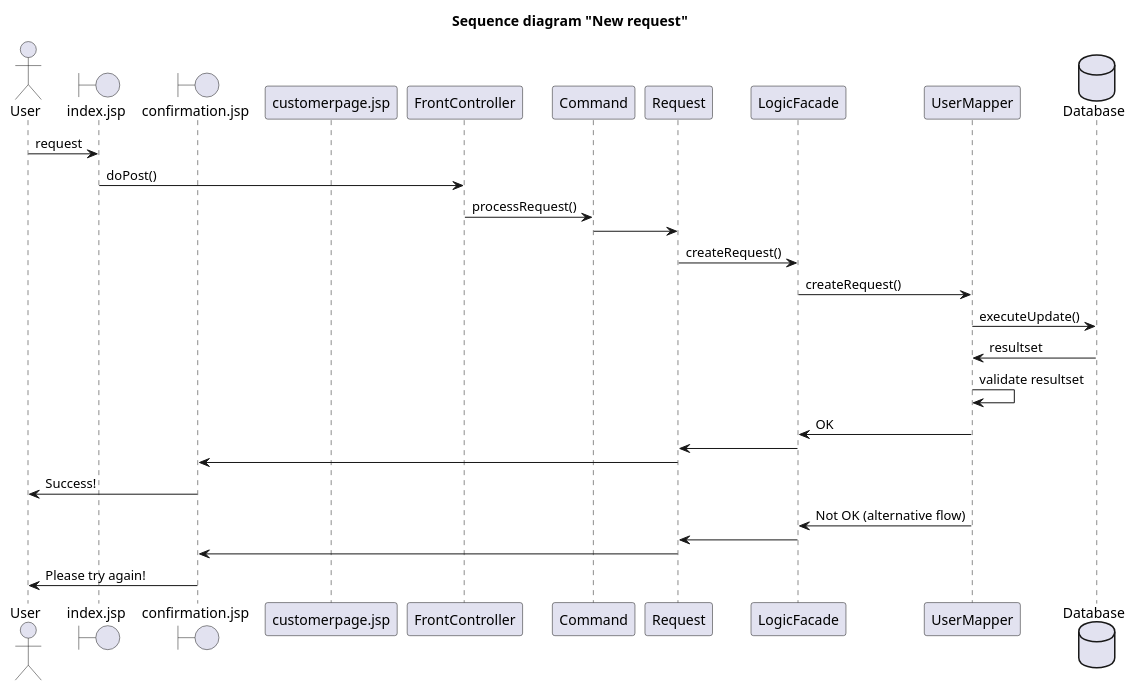
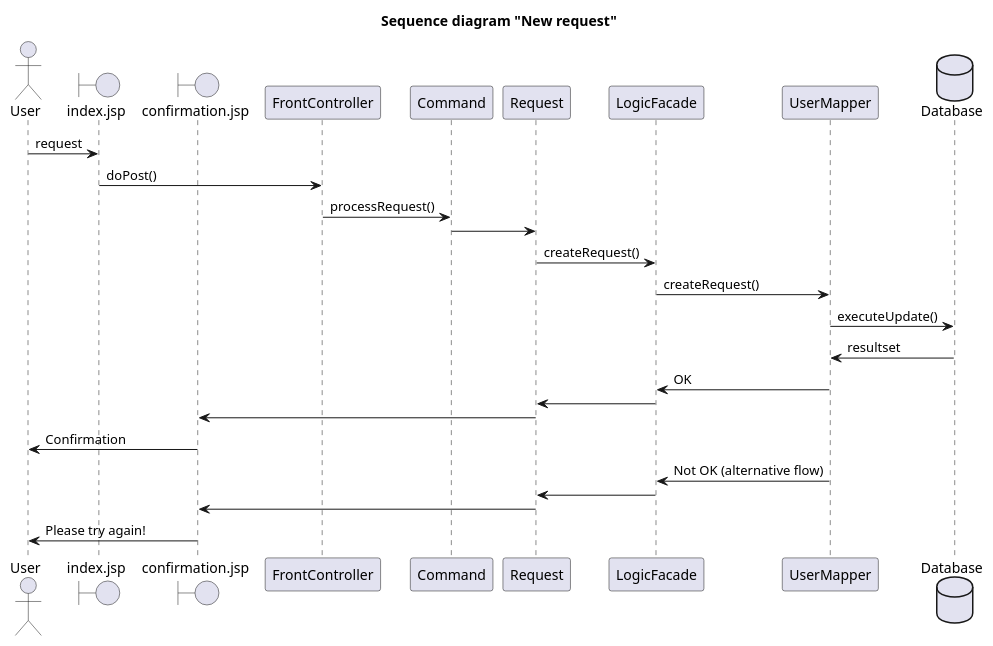
The diagram in documents/Diagrams/SequenceDiagramNewRequest.puml (Goya90/Fog), drawn with PlantUML before and after one commit. The commit also changed 7 other files, not shown here.

Commit message:
Materialiste i Excel, Calculator.java og diagrammer er opdateret.

```diff
--- a/documents/Diagrams/SequenceDiagramNewRequest.puml
+++ b/documents/Diagrams/SequenceDiagramNewRequest.puml
@@ -1,33 +1,31 @@
 @startuml
 
 title Sequence diagram "New request"
 
 actor User
 boundary index.jsp
 boundary confirmation.jsp
-participant customerpage.jsp
 participant FrontController
 participant Command
 participant Request
 participant LogicFacade
 participant UserMapper
 database Database
 
 User -> index.jsp : request
 index.jsp -> FrontController : doPost()
 FrontController -> Command : processRequest()
 Command -> Request :
 Request -> LogicFacade : createRequest()
 LogicFacade -> UserMapper : createRequest()
 UserMapper -> Database : executeUpdate()
 Database -> UserMapper : resultset
-UserMapper -> UserMapper : validate resultset
 UserMapper -> LogicFacade : OK
 LogicFacade -> Request
 Request -> confirmation.jsp
-confirmation.jsp -> User : Success!
+confirmation.jsp -> User : Confirmation
 UserMapper -> LogicFacade : Not OK (alternative flow)
 LogicFacade -> Request
 Request -> confirmation.jsp
 confirmation.jsp -> User : Please try again!
 @enduml
```
